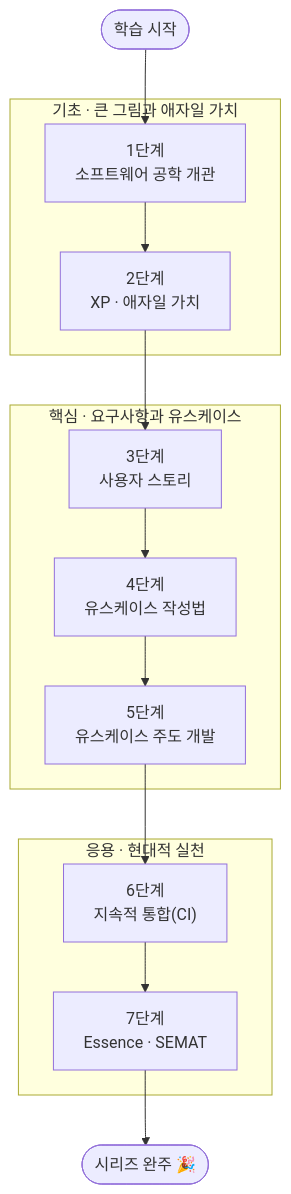
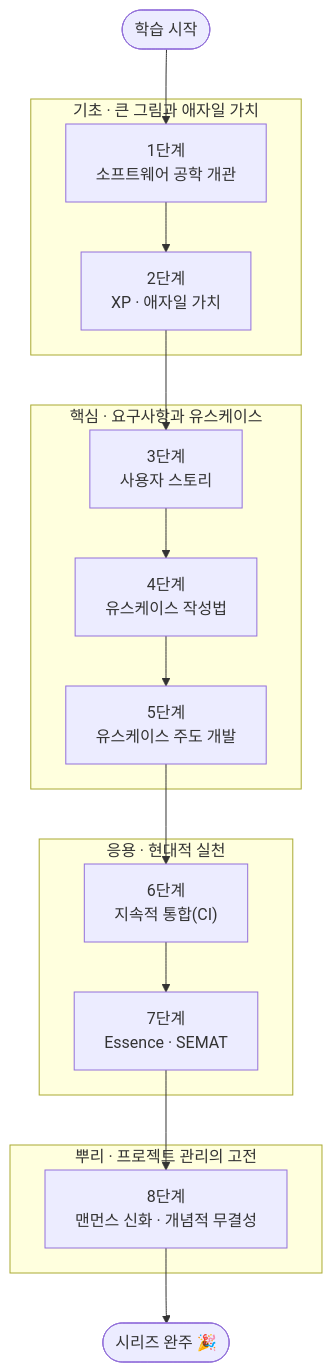
One commit to orchwang/orchwang.github.io changed the diagram in _posts/Engineering/Process/2026-06-19-process-essential-curriculum.md. Above: the diagram before and after it, drawn with Mermaid. The commit also changed other lines of this file and 1 other file, not shown here.

````diff
--- a/_posts/Engineering/Process/2026-06-19-process-essential-curriculum.md
+++ b/_posts/Engineering/Process/2026-06-19-process-essential-curriculum.md
@@ -85,23 +99,27 @@
 ```mermaid
 flowchart TD
     Start([학습 시작]) --> S1
 
     subgraph FOUNDATION["기초 · 큰 그림과 애자일 가치"]
         S1["1단계<br/>소프트웨어 공학 개관"]
         S2["2단계<br/>XP · 애자일 가치"]
     end
 
     subgraph CORE["핵심 · 요구사항과 유스케이스"]
         S3["3단계<br/>사용자 스토리"]
         S4["4단계<br/>유스케이스 작성법"]
         S5["5단계<br/>유스케이스 주도 개발"]
     end
 
     subgraph APPLY["응용 · 현대적 실천"]
         S6["6단계<br/>지속적 통합(CI)"]
         S7["7단계<br/>Essence · SEMAT"]
     end
 
-    S1 --> S2 --> S3 --> S4 --> S5 --> S6 --> S7
-    S7 --> Done([시리즈 완주 🎉])
+    subgraph ROOT["뿌리 · 프로젝트 관리의 고전"]
+        S8["8단계<br/>맨먼스 신화 · 개념적 무결성"]
+    end
+
+    S1 --> S2 --> S3 --> S4 --> S5 --> S6 --> S7 --> S8
+    S8 --> Done([시리즈 완주 🎉])
 ```
````
